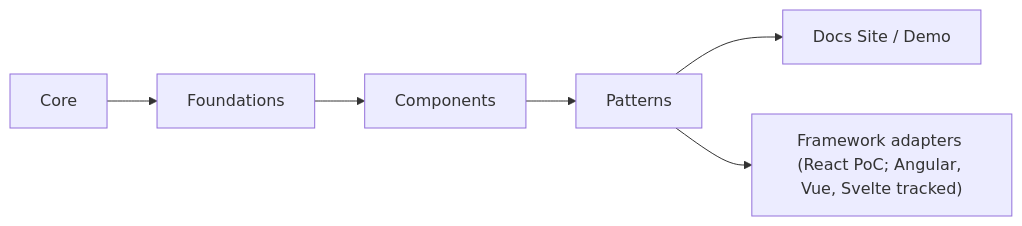
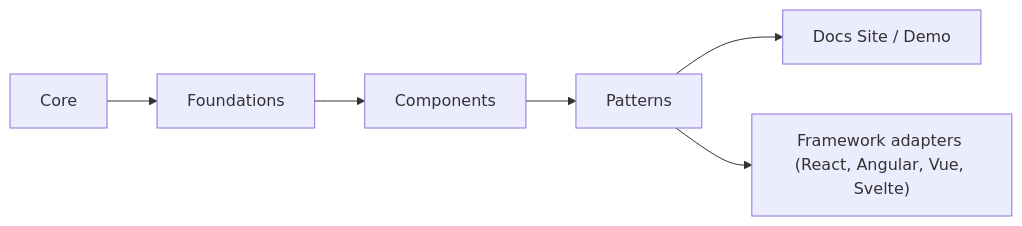
Before and after one commit to unofficialbox/box-open-elements: the first of 2 diagrams in docs/architecture.md, drawn with Mermaid. The commit also changed other lines of this file and 60 other files, not shown here.

````diff
--- a/docs/architecture.md
+++ b/docs/architecture.md
@@ -23,8 +23,8 @@
 ```mermaid
 flowchart LR
     A["Core"] --> B["Foundations"]
     B --> C["Components"]
     C --> D["Patterns"]
     D --> E["Docs Site / Demo"]
-    D --> F["Framework adapters (React PoC; Angular, Vue, Svelte tracked)"]
+    D --> F["Framework adapters (React, Angular, Vue, Svelte)"]
 ```
````
